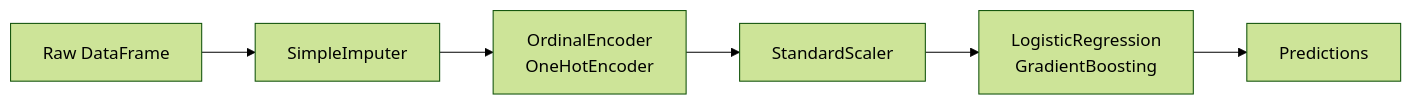
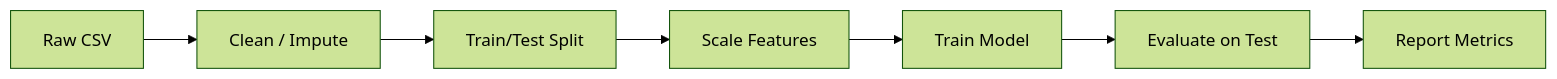
Before and after one commit to BakhodiribnYashinibnMansur/SeniorProject: the first of 20 diagrams in Roadmap/AI-and-Data/ai-data-scientist/TEMPLATE.md, drawn with Mermaid (forest theme). The commit also changed other lines of this file and 17 other files, not shown here.

First line of the commit message:
update TEMPLATE.md files: add new roadmaps, fix SQL template, improve existing templates

````diff
--- a/Roadmap/AI-and-Data/ai-data-scientist/TEMPLATE.md
+++ b/Roadmap/AI-and-Data/ai-data-scientist/TEMPLATE.md
@@ -365,8 +383,9 @@
 ```mermaid
-flowchart LR
-    Raw[Raw DataFrame] --> Imp[SimpleImputer]
-    Imp --> Enc[OrdinalEncoder\nOneHotEncoder]
-    Enc --> Scale[StandardScaler]
-    Scale --> Model[LogisticRegression\nGradientBoosting]
-    Model --> Pred[Predictions]
+graph LR
+    A[Raw CSV] --> B[Clean / Impute]
+    B --> C[Train/Test Split]
+    C --> D[Scale Features]
+    D --> E[Train Model]
+    E --> F[Evaluate on Test]
+    F --> G[Report Metrics]
 ```
````
